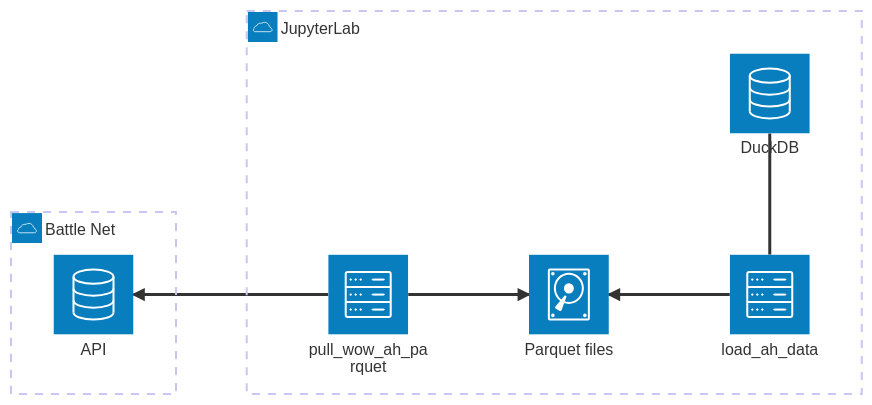
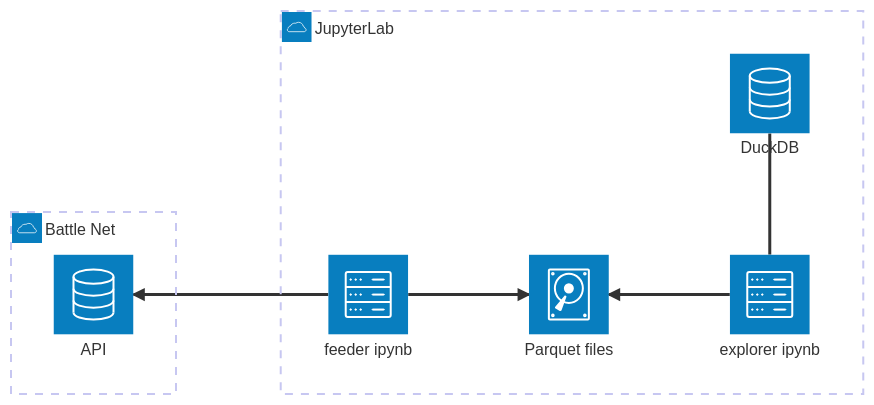
Before and after one commit to Viking-Gentlemen/wow-analytics: the first of 2 diagrams in README.md, drawn with Mermaid. The commit also changed other lines of this file and 2 other files, not shown here.

Commit message:
feat(poc-parquet): document

````diff
--- a/README.md
+++ b/README.md
@@ -14,18 +14,17 @@
 ```mermaid
 architecture-beta
 
 group blizzard(cloud)[Battle Net]
 service bli_api(database)[API] in blizzard
 
 group jupyterlab(cloud)[JupyterLab]
-service puller(server)[pull_wow_ah_parquet] in jupyterlab
+service puller(server)[feeder ipynb] in jupyterlab
 service tmp_store(disk)[Parquet files] in jupyterlab
-service loader(server)[load_ah_data] in jupyterlab
+service loader(server)[explorer ipynb] in jupyterlab
 service duck(database)[DuckDB] in jupyterlab
-
 
 puller:L --> R:bli_api
 puller:R --> L:tmp_store
 loader:L --> R:tmp_store
 loader:T -- B:duck
 ```
````
